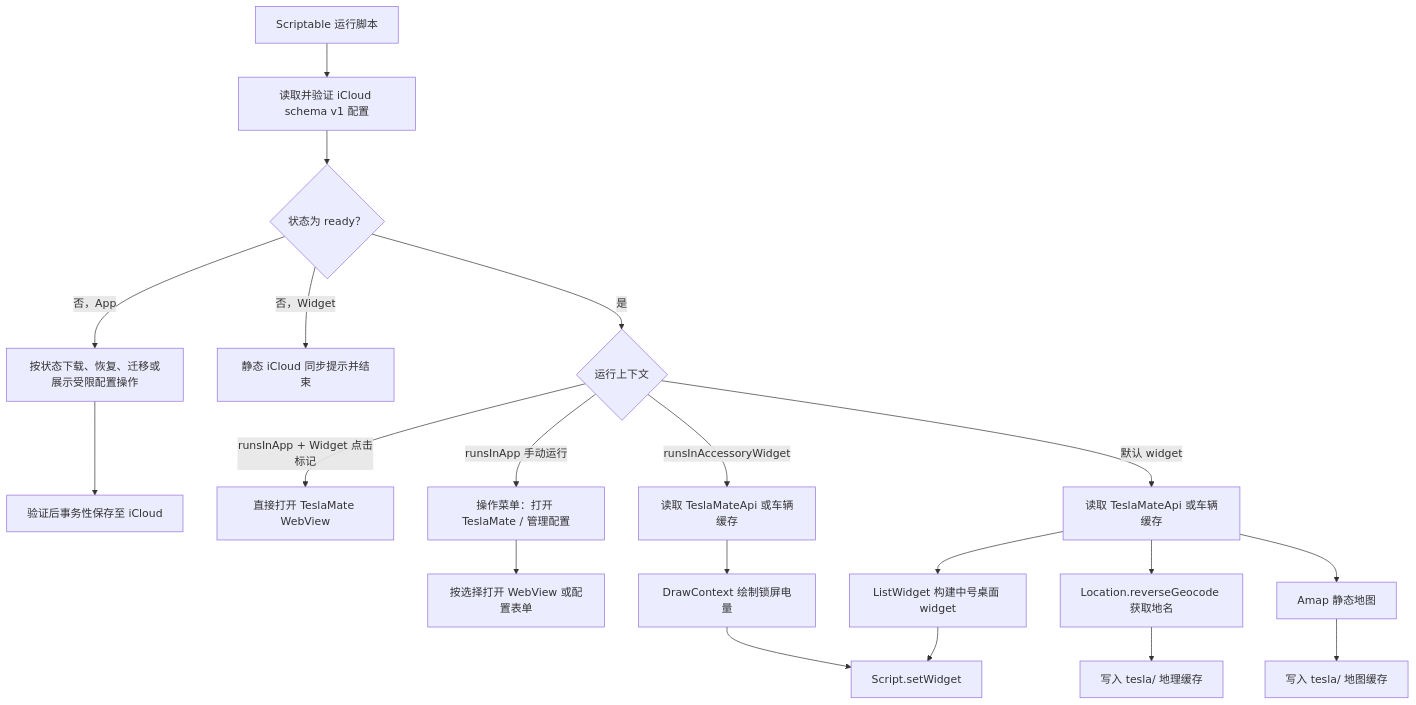
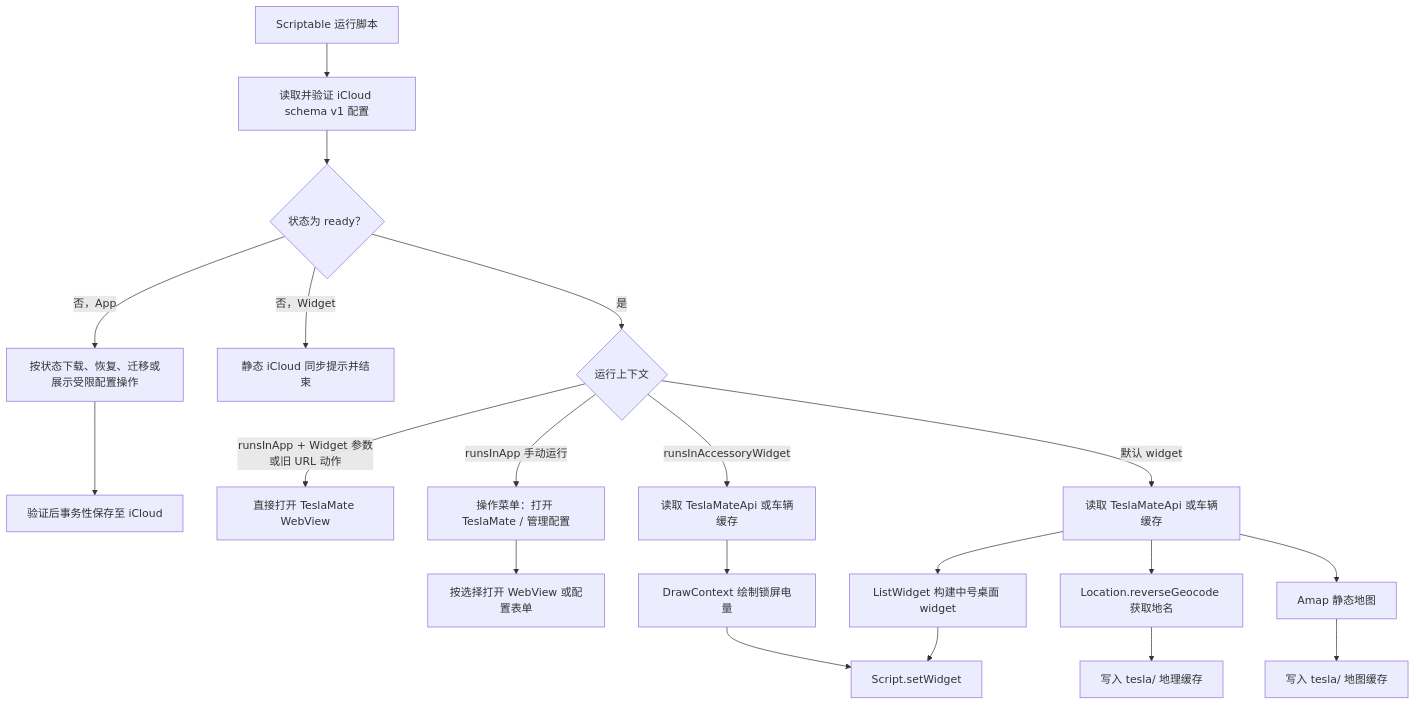
The diagram in docs/architecture.md (happyeddie/teslamate-widget), drawn with Mermaid before and after one commit. The commit also changed other lines of this file and 8 other files, not shown here.

````diff
--- a/docs/architecture.md
+++ b/docs/architecture.md
@@ -52,22 +52,22 @@
 ```mermaid
 flowchart TD
   A["Scriptable 运行脚本"] --> B["读取并验证 iCloud schema v1 配置"]
   B --> C{"状态为 ready？"}
   C -->|"否，App"| D["按状态下载、恢复、迁移或展示受限配置操作"]
   C -->|"否，Widget"| E["静态 iCloud 同步提示并结束"]
   D --> F["验证后事务性保存至 iCloud"]
   C -->|"是"| G{"运行上下文"}
-  G -->|"runsInApp + Widget 点击标记"| H["直接打开 TeslaMate WebView"]
+  G -->|"runsInApp + Widget 参数或旧 URL 动作"| H["直接打开 TeslaMate WebView"]
   G -->|"runsInApp 手动运行"| S["操作菜单：打开 TeslaMate / 管理配置"]
   G -->|"runsInAccessoryWidget"| I["读取 TeslaMateApi 或车辆缓存"]
   G -->|"默认 widget"| J["读取 TeslaMateApi 或车辆缓存"]
   S --> K["按选择打开 WebView 或配置表单"]
   J --> L["Location.reverseGeocode 获取地名"]
   J --> M["Amap 静态地图"]
   L --> N["写入 tesla/ 地理缓存"]
   M --> O["写入 tesla/ 地图缓存"]
   I --> P["DrawContext 绘制锁屏电量"]
   J --> Q["ListWidget 构建中号桌面 widget"]
   P --> R["Script.setWidget"]
   Q --> R
 ```
````
